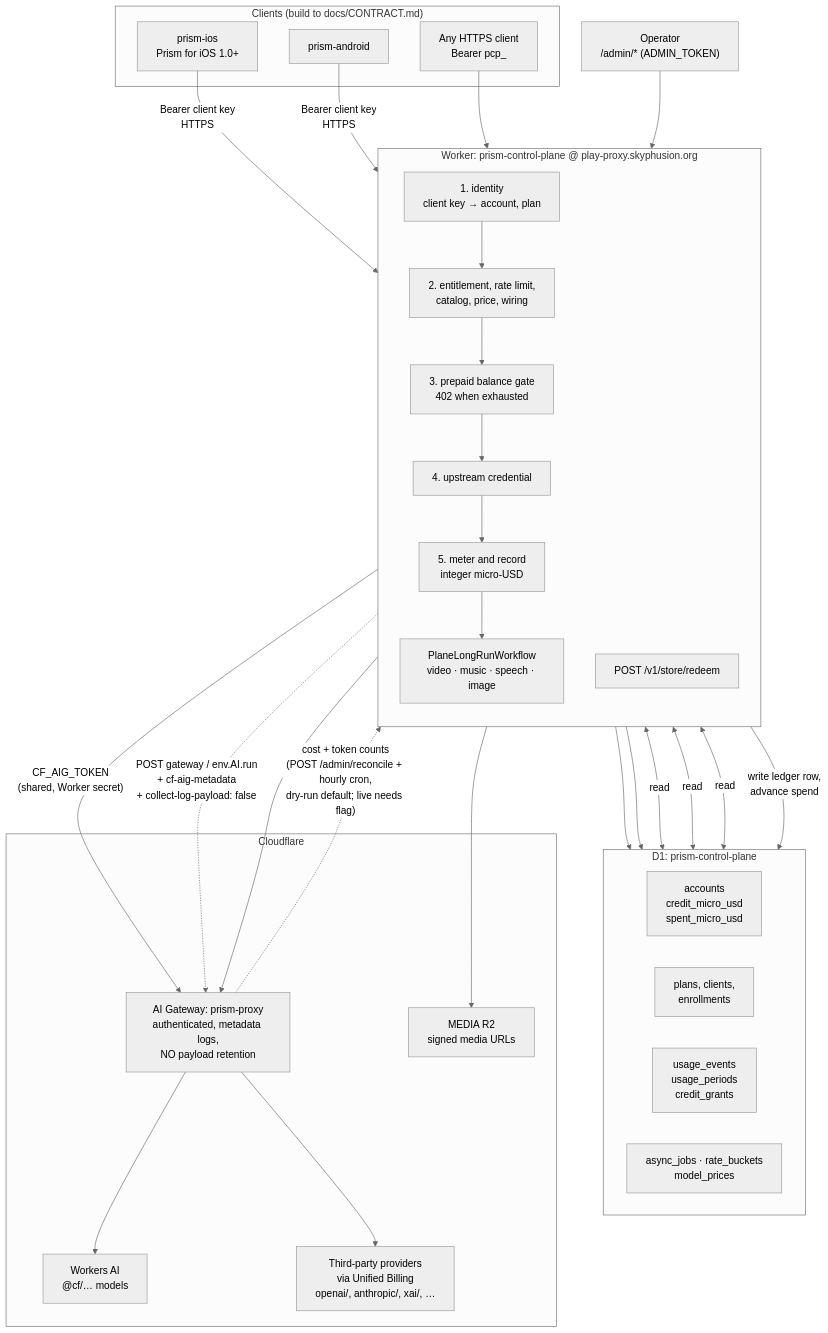
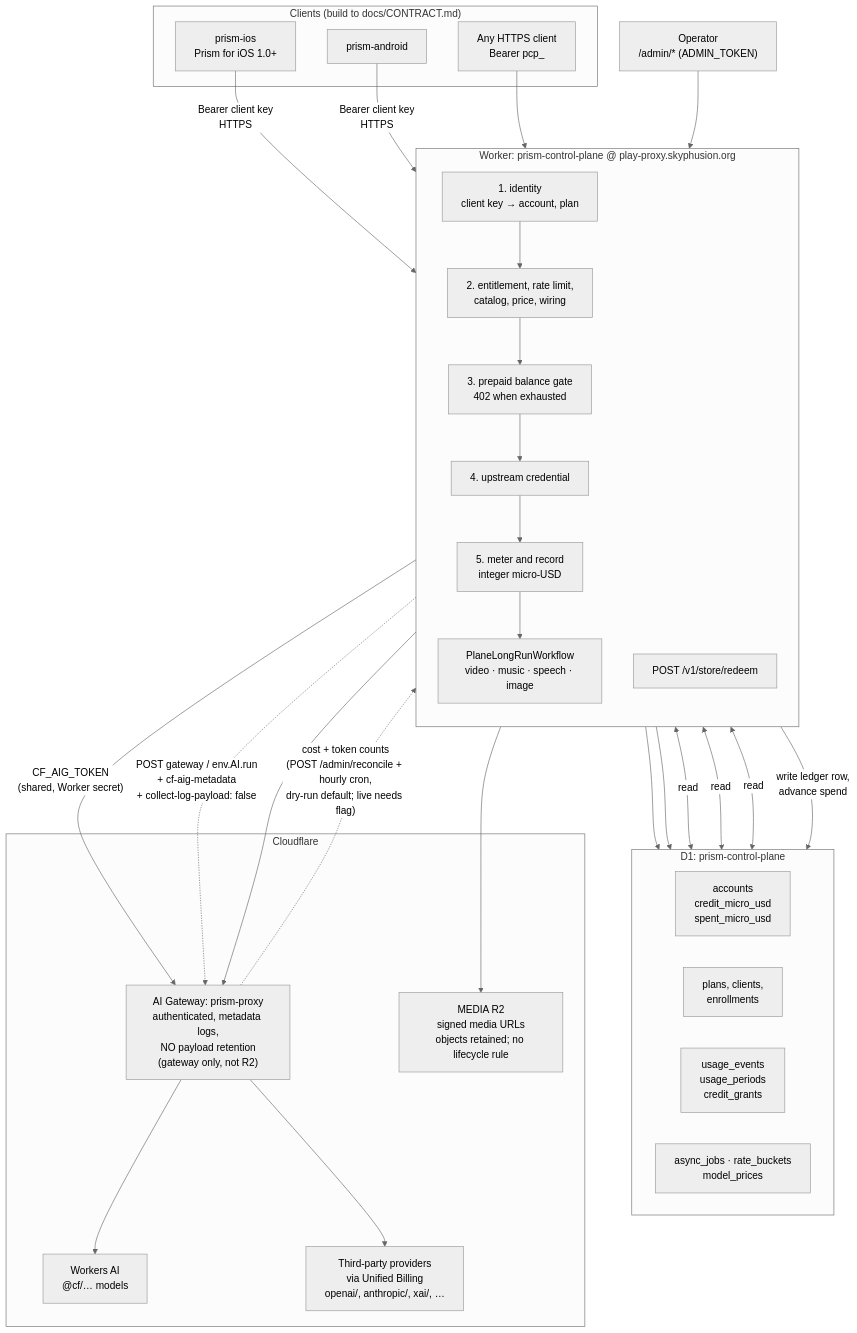
One commit to skyphusion-labs/prism-control-plane changed the diagram in docs/ARCHITECTURE.md. Above: the diagram before and after it, drawn with Mermaid (neutral theme). The commit also changed 7 other files, not shown here.

````diff
--- a/docs/ARCHITECTURE.md
+++ b/docs/ARCHITECTURE.md
@@ -42,60 +42,60 @@
 ```mermaid
 flowchart TB
     subgraph clients["Clients (build to docs/CONTRACT.md)"]
         ios["prism-ios<br/>Prism for iOS 1.0+"]
         android["prism-android"]
         any["Any HTTPS client<br/>Bearer pcp_"]
     end
 
     subgraph worker["Worker: prism-control-plane @ play-proxy.skyphusion.org"]
         direction TB
         auth["1. identity<br/>client key → account, plan"]
         gates["2. entitlement, rate limit,<br/>catalog, price, wiring"]
         balance["3. prepaid balance gate<br/>402 when exhausted"]
         cred["4. upstream credential"]
         meter["5. meter and record<br/>integer micro-USD"]
         longrun["PlaneLongRunWorkflow<br/>video · music · speech · image"]
         redeem["POST /v1/store/redeem"]
     end
 
     subgraph d1["D1: prism-control-plane"]
         direction LR
         t1["accounts<br/>credit_micro_usd<br/>spent_micro_usd"]
         t2["plans, clients,<br/>enrollments"]
         t3["usage_events<br/>usage_periods<br/>credit_grants"]
         t4["async_jobs · rate_buckets<br/>model_prices"]
     end
 
     admin["Operator<br/>/admin/* (ADMIN_TOKEN)"]
 
     subgraph cf["Cloudflare"]
-        gw["AI Gateway: prism-proxy<br/>authenticated, metadata logs,<br/>NO payload retention"]
+        gw["AI Gateway: prism-proxy<br/>authenticated, metadata logs,<br/>NO payload retention<br/>(gateway only, not R2)"]
         wai["Workers AI<br/>@cf/… models"]
         prov["Third-party providers<br/>via Unified Billing<br/>openai/, anthropic/, xai/, …"]
-        r2["MEDIA R2<br/>signed media URLs"]
+        r2["MEDIA R2<br/>signed media URLs<br/>objects retained; no lifecycle rule"]
     end
 
     ios -->|"Bearer client key<br/>HTTPS"| auth
     android -->|"Bearer client key<br/>HTTPS"| auth
     any --> auth
     admin --> worker
 
     auth --> gates --> balance --> cred --> meter
     meter --> longrun
     longrun --> r2
     longrun --> t4
     redeem --> t1
 
     auth <-->|"read"| d1
     gates <-->|"read"| d1
     balance <-->|"read"| d1
     meter -->|"write ledger row,<br/>advance spend"| d1
 
     cred -->|"CF_AIG_TOKEN<br/>(shared, Worker secret)"| gw
     meter -.->|"POST gateway / env.AI.run<br/>+ cf-aig-metadata<br/>+ collect-log-payload: false"| gw
     longrun --> gw
     gw --> wai
     gw --> prov
 
     gw -.->|"cost + token counts<br/>(POST /admin/reconcile + hourly cron,<br/>dry-run default; live needs flag)"| meter
 ```
````
